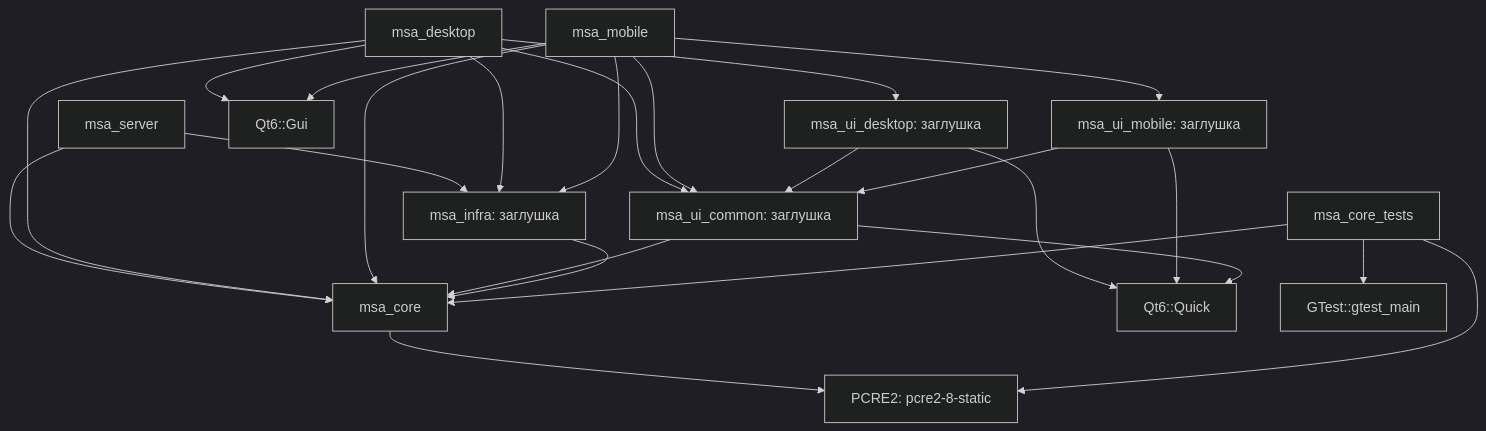
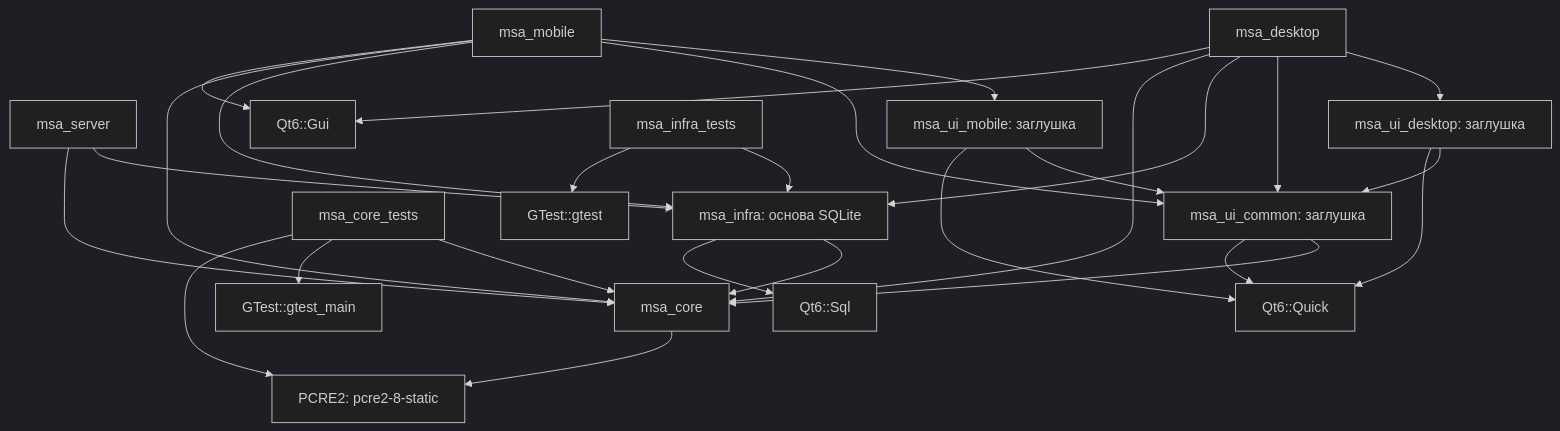
One commit to TasFoma/MySuperAssistant changed the first of 2 diagrams in docs/architecture.md. Above: the diagram before and after it, drawn with Mermaid (dark theme). The commit also changed other lines of this file and 12 other files, not shown here.

````diff
--- a/docs/architecture.md
+++ b/docs/architecture.md
@@ -39,26 +44,29 @@
 ```mermaid
 flowchart TD
-    server[msa_server] --> infra[msa_infra: заглушка]
+    server[msa_server] --> infra[msa_infra: основа SQLite]
     server --> core[msa_core]
     desktop[msa_desktop] --> desktopUI[msa_ui_desktop: заглушка]
     desktop --> common[msa_ui_common: заглушка]
     desktop --> infra
     desktop --> core
     desktop --> gui[Qt6::Gui]
     mobile[msa_mobile] --> mobileUI[msa_ui_mobile: заглушка]
     mobile --> common
     mobile --> infra
     mobile --> core
     mobile --> gui
     desktopUI --> common
     desktopUI --> quick[Qt6::Quick]
     mobileUI --> common
     mobileUI --> quick
     common --> core
     common --> quick
     infra --> core
+    infra --> sql[Qt6::Sql]
     core --> pcre[PCRE2: pcre2-8-static]
     tests[msa_core_tests] --> core
     tests --> gtest[GTest::gtest_main]
     tests --> pcre
+    infraTests[msa_infra_tests] --> infra
+    infraTests --> infraGtest[GTest::gtest]
 ```
````
